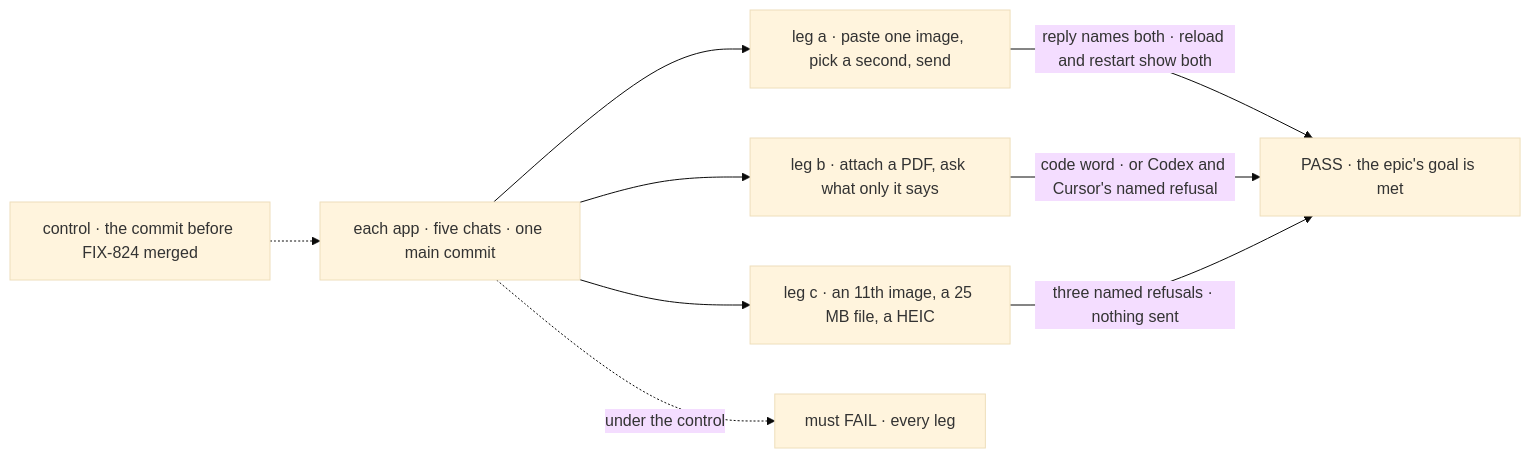
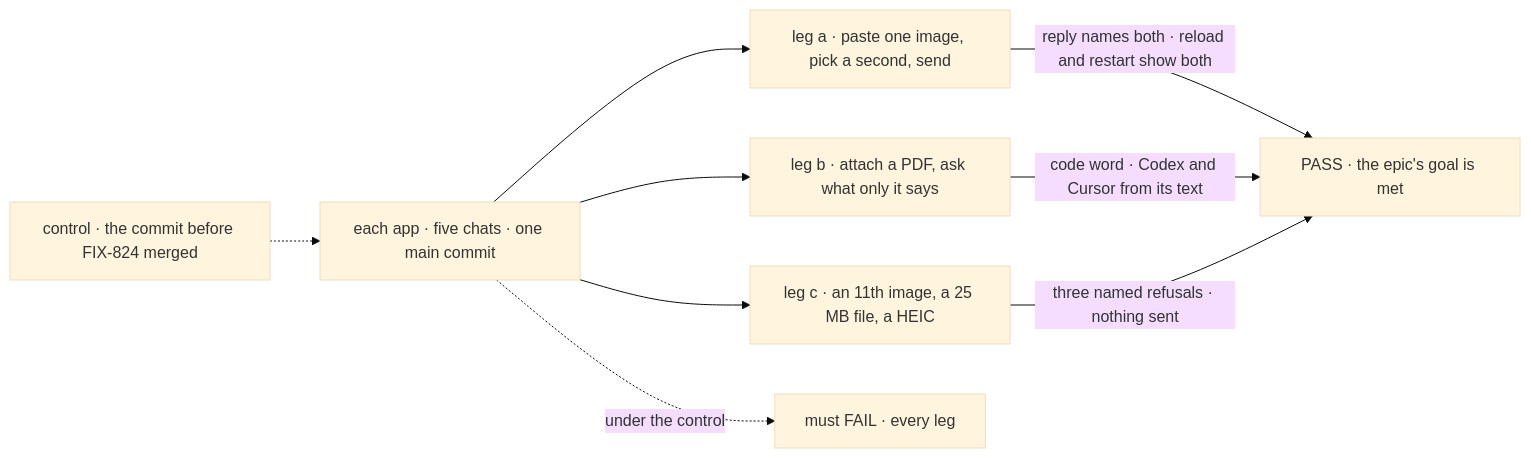
Before and after one commit to fixpoint-labs/flow-state-dev: the diagram in specs/issues/FIX-2565/SPEC.md, drawn with Mermaid (base theme). The commit also changed other lines of this file and 24 other files, not shown here.

````diff
--- a/specs/issues/FIX-2565/SPEC.md
+++ b/specs/issues/FIX-2565/SPEC.md
@@ -31,11 +31,11 @@
 ```mermaid
 flowchart LR
   A["each app · five chats · one main commit"] --> L1["leg a · paste one image, pick a second, send"]
   A --> L2["leg b · attach a PDF, ask what only it says"]
   A --> L3["leg c · an 11th image, a 25 MB file, a HEIC"]
   L1 -->|"reply names both · reload and restart show both"| P["PASS · the epic's goal is met"]
-  L2 -->|"code word · or Codex and Cursor's named refusal"| P
+  L2 -->|"code word · Codex and Cursor from its text"| P
   L3 -->|"three named refusals · nothing sent"| P
   C["control · the commit before FIX-824 merged"] -.-> A
   A -.->|"under the control"| F["must FAIL · every leg"]
 ```
````
